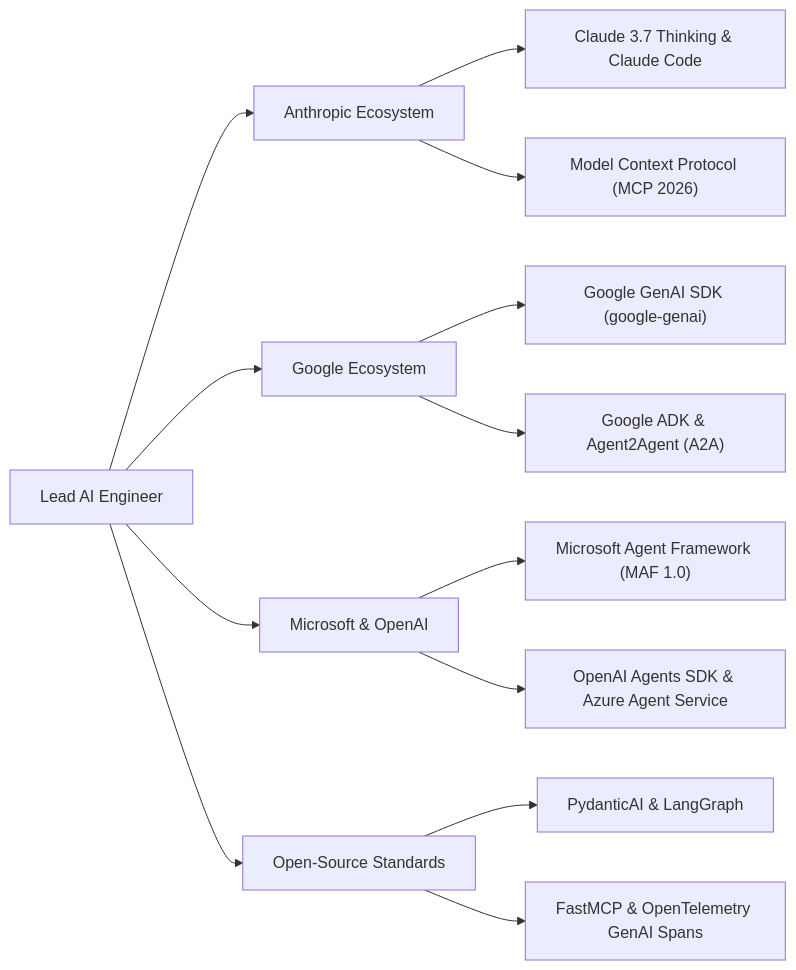
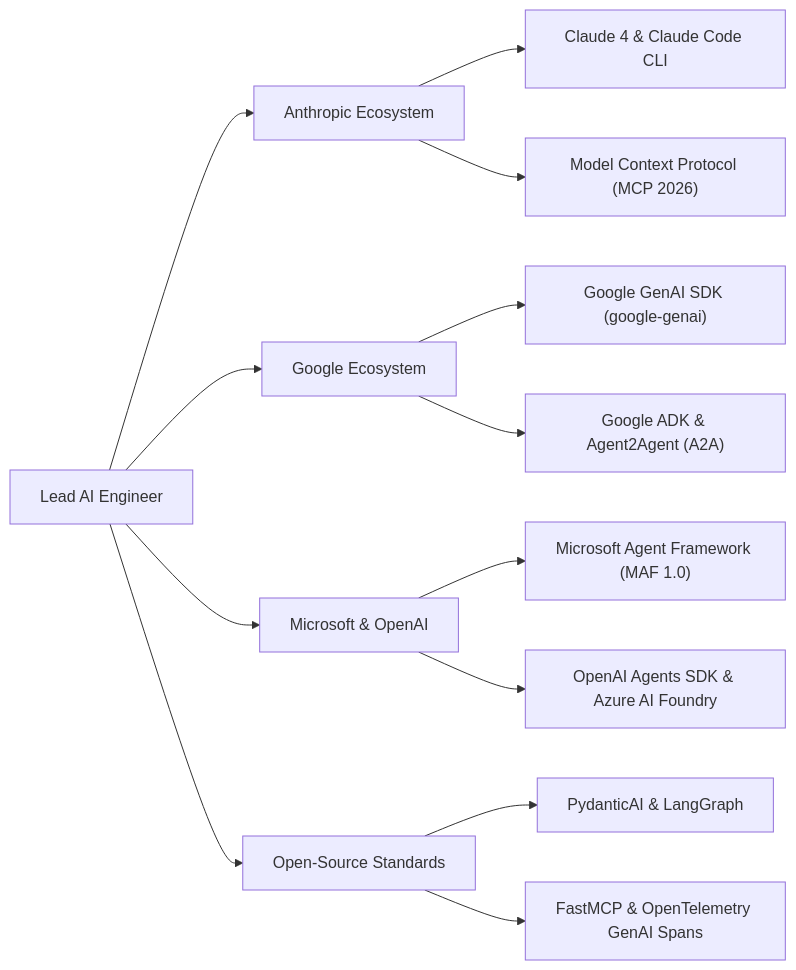
One commit to dip4k/senior-engineer-to-ai-engineer-roadmap changed the fourth of 4 diagrams in README.md. Above: the diagram before and after it, drawn with Mermaid. The commit also changed other lines of this file and 2 other files, not shown here.

Commit message:
Complete multimodal agent lab (Lab 6) and simplify root README to follow GitHub Awesome learning flow

````diff
--- a/README.md
+++ b/README.md
@@ -224,19 +195,19 @@
 ```mermaid
 flowchart LR
     A["Lead AI Engineer"] --> B["Anthropic Ecosystem"]
     A --> C["Google Ecosystem"]
     A --> D["Microsoft & OpenAI"]
     A --> E["Open-Source Standards"]
 
-    B --> B1["Claude 3.7 Thinking & Claude Code"]
+    B --> B1["Claude 4 & Claude Code CLI"]
     B --> B2["Model Context Protocol (MCP 2026)"]
 
     C --> C1["Google GenAI SDK (google-genai)"]
     C --> C2["Google ADK & Agent2Agent (A2A)"]
 
     D --> D1["Microsoft Agent Framework (MAF 1.0)"]
-    D --> D2["OpenAI Agents SDK & Azure Agent Service"]
+    D --> D2["OpenAI Agents SDK & Azure AI Foundry"]
 
     E --> E1["PydanticAI & LangGraph"]
     E --> E2["FastMCP & OpenTelemetry GenAI Spans"]
 ```
````
